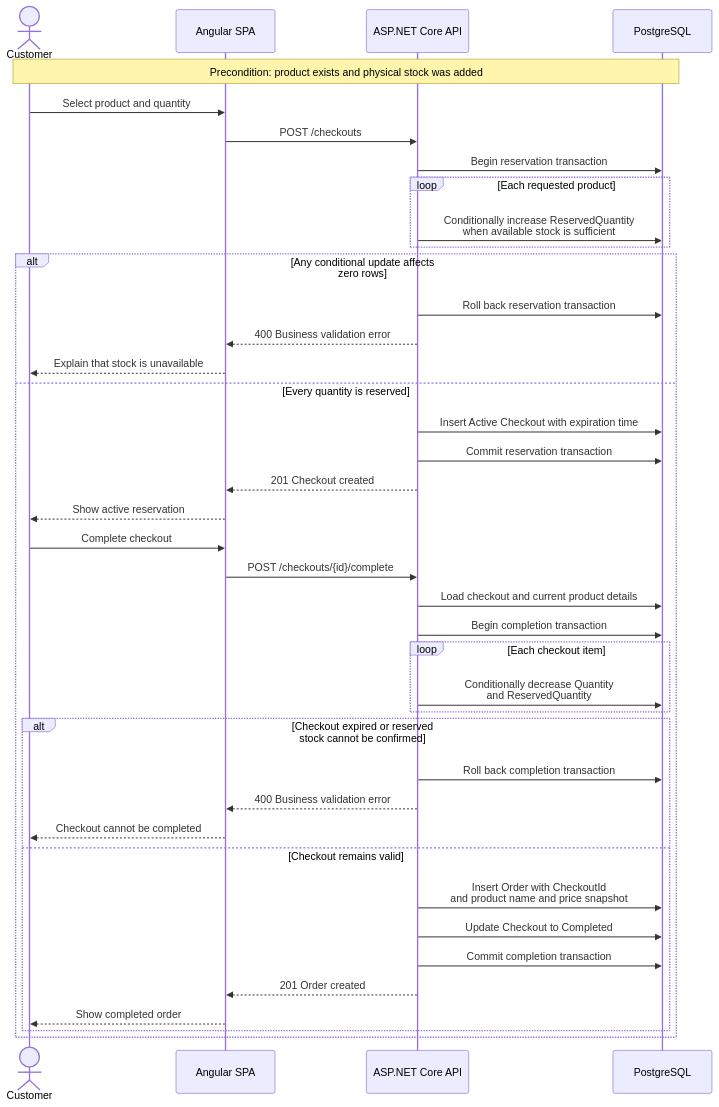
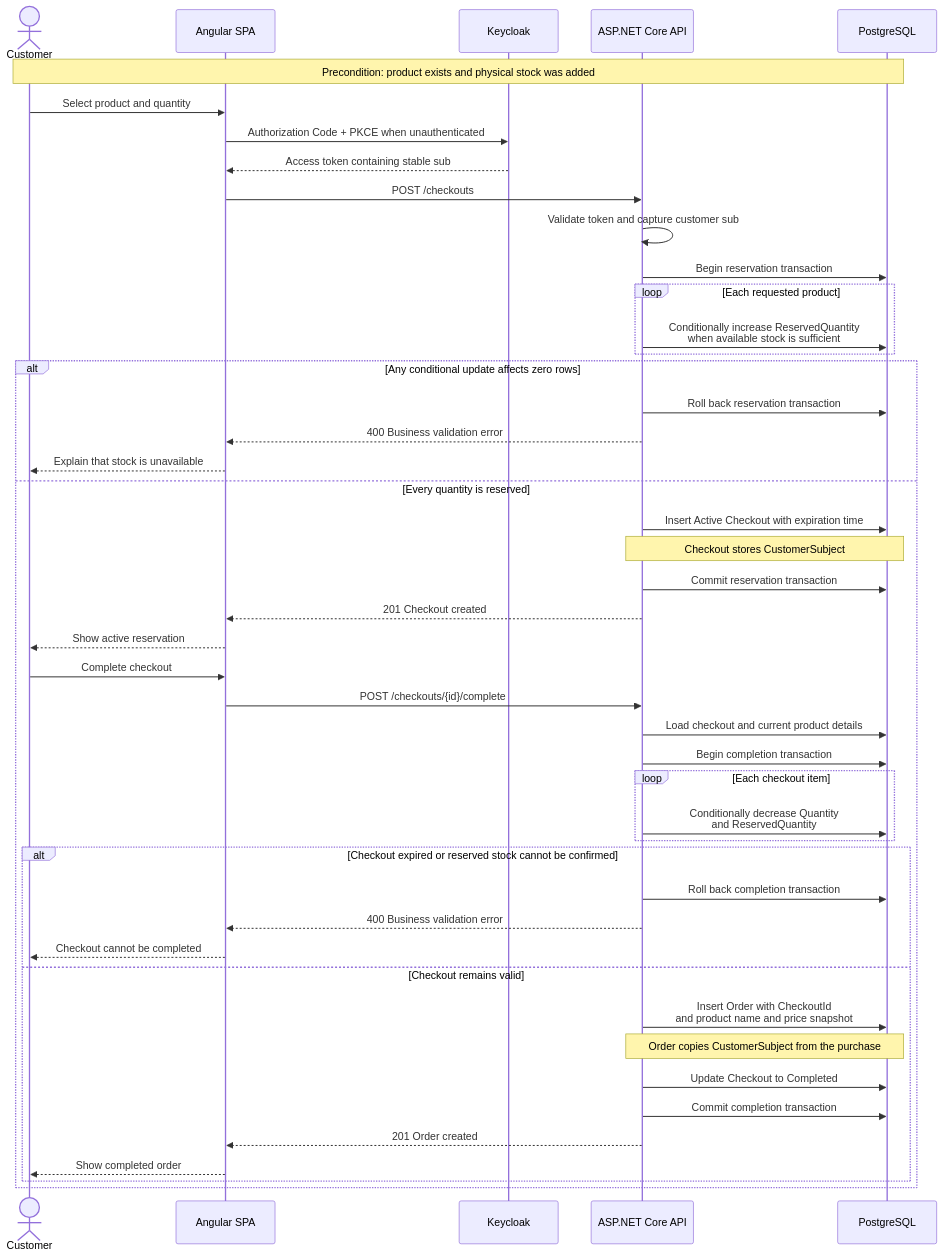
One commit to saulomlcosta/OrderFlow changed the second of 2 diagrams in README.md. Above: the diagram before and after it, drawn with Mermaid. The commit also changed other lines of this file and 32 other files, not shown here.

Commit message:
feat: enforce customer purchase ownership

````diff
--- a/README.md
+++ b/README.md
@@ -76,46 +76,52 @@
 ```mermaid
 sequenceDiagram
     actor Customer
     participant Web as Angular SPA
+    participant Identity as Keycloak
     participant Api as ASP.NET Core API
     participant Db as PostgreSQL
 
     Note over Customer,Db: Precondition: product exists and physical stock was added
     Customer->>Web: Select product and quantity
+    Web->>Identity: Authorization Code + PKCE when unauthenticated
+    Identity-->>Web: Access token containing stable sub
     Web->>Api: POST /checkouts
+    Api->>Api: Validate token and capture customer sub
     Api->>Db: Begin reservation transaction
     loop Each requested product
         Api->>Db: Conditionally increase ReservedQuantity<br/>when available stock is sufficient
     end
 
     alt Any conditional update affects zero rows
         Api->>Db: Roll back reservation transaction
         Api-->>Web: 400 Business validation error
         Web-->>Customer: Explain that stock is unavailable
     else Every quantity is reserved
         Api->>Db: Insert Active Checkout with expiration time
+        Note over Api,Db: Checkout stores CustomerSubject
         Api->>Db: Commit reservation transaction
         Api-->>Web: 201 Checkout created
         Web-->>Customer: Show active reservation
 
         Customer->>Web: Complete checkout
         Web->>Api: POST /checkouts/{id}/complete
         Api->>Db: Load checkout and current product details
         Api->>Db: Begin completion transaction
         loop Each checkout item
             Api->>Db: Conditionally decrease Quantity<br/>and ReservedQuantity
         end
 
         alt Checkout expired or reserved stock cannot be confirmed
             Api->>Db: Roll back completion transaction
             Api-->>Web: 400 Business validation error
             Web-->>Customer: Checkout cannot be completed
         else Checkout remains valid
             Api->>Db: Insert Order with CheckoutId<br/>and product name and price snapshot
+            Note over Api,Db: Order copies CustomerSubject from the purchase
             Api->>Db: Update Checkout to Completed
             Api->>Db: Commit completion transaction
             Api-->>Web: 201 Order created
             Web-->>Customer: Show completed order
         end
     end
 ```
````
